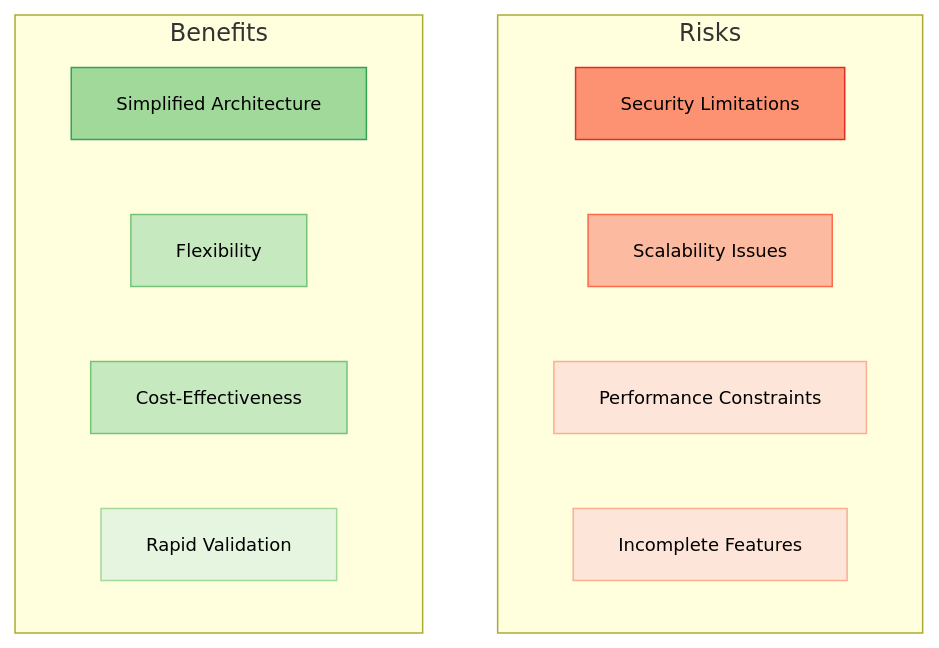
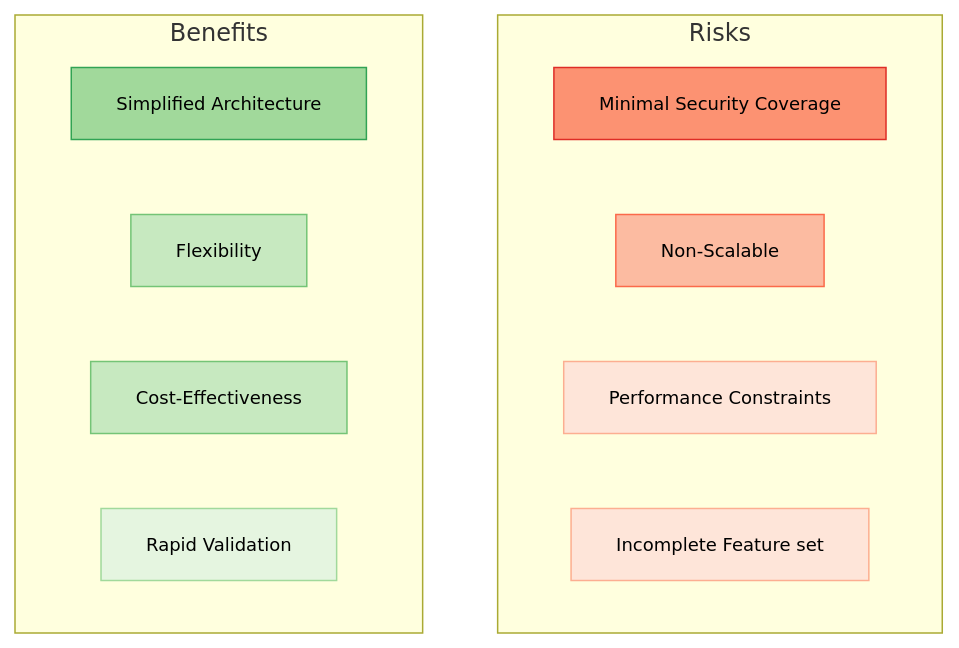
Before and after one commit to OS2sandbox/connector: the second of 2 diagrams in docs/PoC_architecture.md, drawn with Mermaid.

Commit message:
Update Benefits and Risks

````diff
--- a/docs/PoC_architecture.md
+++ b/docs/PoC_architecture.md
@@ -90,26 +90,26 @@
 ```mermaid
 flowchart
 subgraph Risks
 direction RL
-R1["Security Limitations"]:::highRisk
-R2["Scalability Issues"]:::medRisk
+R1["Minimal Security Coverage"]:::highRisk
+R2["Non-Scalable"]:::medRisk
 R3["Performance Constraints"]:::lowRisk
-R5["Incomplete Features"]:::lowRisk
+R5["Incomplete Feature set"]:::lowRisk
 end 
 
 subgraph Benefits
 direction RL
 B1["Simplified Architecture"]:::highValue
 B2["Flexibility"]:::medValue
 B3["Cost-Effectiveness"]:::medValue
 B4["Rapid Validation"]:::lowValue
 end
 
 classDef highValue fill:#a1d99b,stroke:#31a354,color:#000000,font-size:12px
 classDef medValue fill:#c7e9c0,stroke:#74c476,color:#000000,font-size:12px
 classDef lowValue fill:#e5f5e0,stroke:#a1d99b,color:#000000,font-size:12px
 classDef highRisk fill:#fc9272,stroke:#de2d26,color:#000000,font-size:12px
 classDef medRisk fill:#fcbba1,stroke:#fb6a4a,color:#000000,font-size:12px
 classDef lowRisk fill:#fee5d9,stroke:#fcae91,color:#000000,font-size:12px
 
 ```
````
